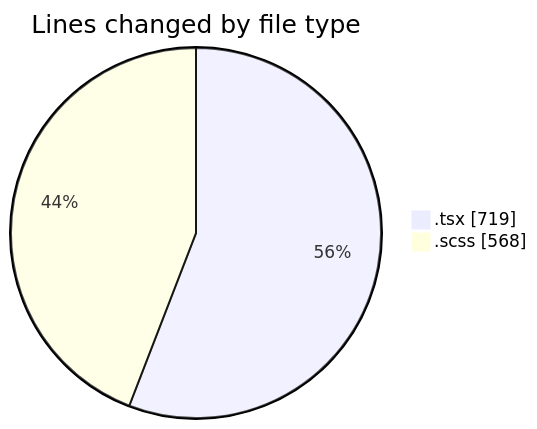
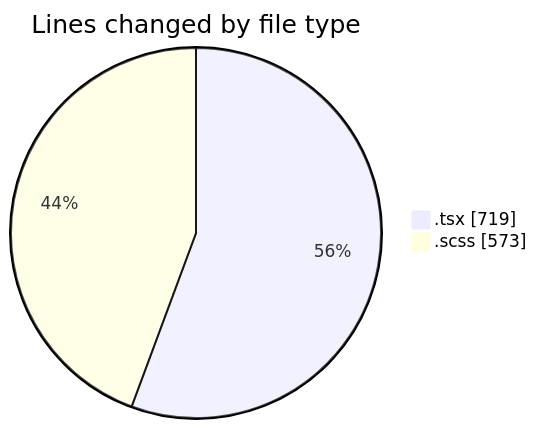
One commit to momahboobian/code-tracking changed the first of 2 diagrams in 2025-10-06/cda/README.md. Above: the diagram before and after it, drawn with Mermaid. The commit also changed other lines of this file and 1 other file, not shown here.

````diff
--- a/2025-10-06/cda/README.md
+++ b/2025-10-06/cda/README.md
@@ -24,6 +24,6 @@
 ```mermaid
 pie showData
 title Lines changed by file type
 ".tsx" : 719
-".scss" : 568
+".scss" : 573
 ```
````
